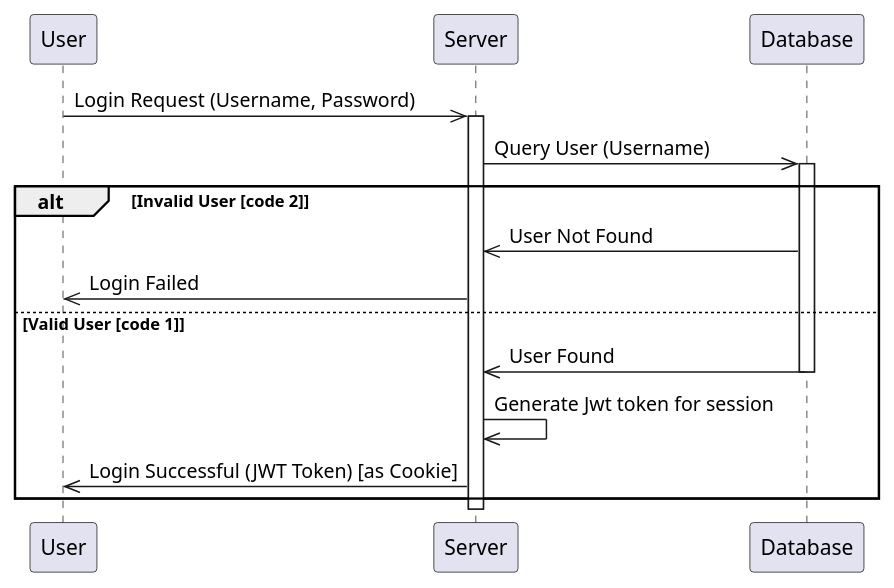
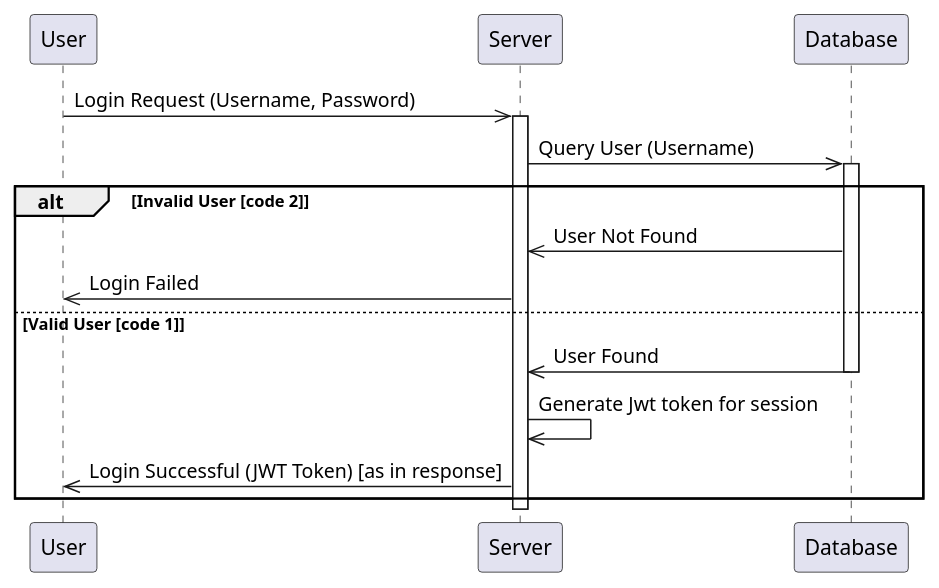
Before and after one commit to ABabhulkar/SimProject: the diagram in doc/sequence/auth.puml, drawn with PlantUML. The commit also changed 13 other files, not shown here.

```diff
--- a/doc/sequence/auth.puml
+++ b/doc/sequence/auth.puml
@@ -1,20 +1,20 @@
 @startuml
 participant User
 participant Server
 participant Database
 
 User->>Server: Login Request (Username, Password)
 activate Server
 Server->>Database: Query User (Username)
 activate Database
 alt Invalid User [code 2]
   Database->>Server: User Not Found
   Server->>User: Login Failed
 else Valid User [code 1]
   Database->>Server: User Found
   deactivate Database
   Server->>Server: Generate Jwt token for session
-  Server->>User: Login Successful (JWT Token) [as Cookie]
+  Server->>User: Login Successful (JWT Token) [as in response]
 end
 deactivate Server
 @enduml
```
